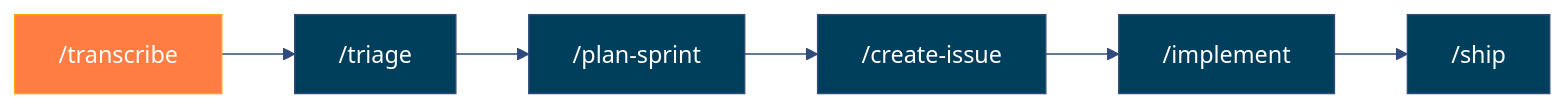
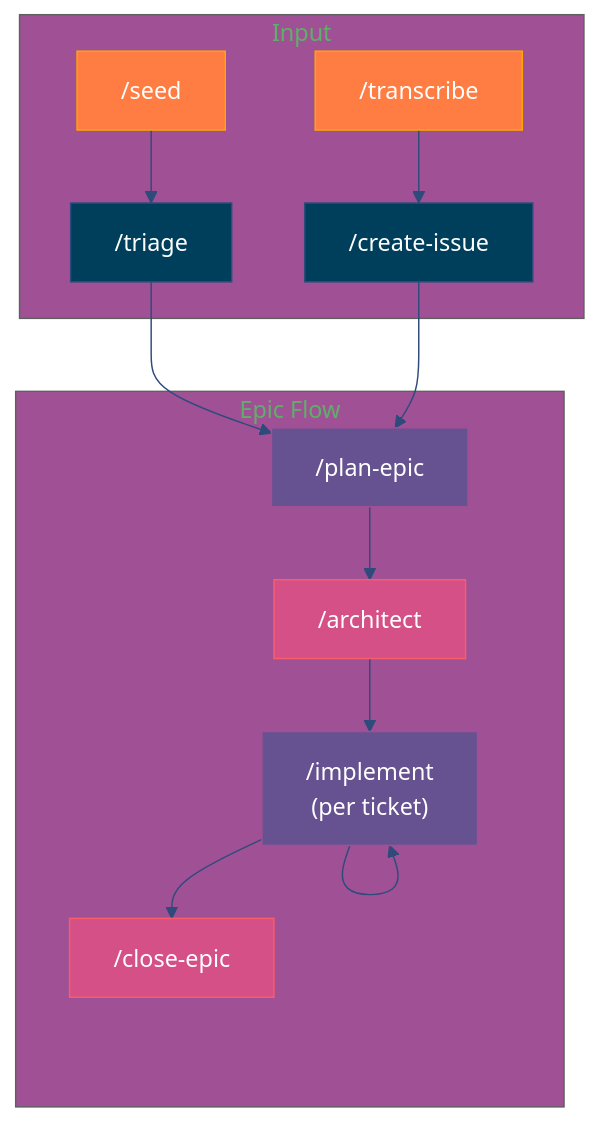
Before and after one commit to plwp/chief-wiggum: the first of 3 diagrams in README.md, drawn with Mermaid. The commit also changed other lines of this file and 6 other files, not shown here.

````diff
--- a/README.md
+++ b/README.md
@@ -41,12 +54,31 @@
 ```mermaid
 %%{init: {'theme': 'base', 'themeVariables': {'primaryColor': '#003f5c', 'primaryTextColor': '#fff', 'primaryBorderColor': '#2f4b7c', 'secondaryColor': '#665191', 'tertiaryColor': '#a05195', 'lineColor': '#2f4b7c', 'textColor': '#333'}}}%%
-graph LR
-    A["/transcribe"]:::entry --> B["/triage"]
-    B --> C["/plan-sprint"]
-    C --> D["/create-issue"]
-    D --> E["/implement"]
-    E --> F["/ship"]
+graph TD
+    subgraph "Input"
+        A["/transcribe"]:::entry
+        B["/seed"]:::entry
+        C["/triage"]:::default
+        D["/create-issue"]:::default
+    end
+
+    subgraph "Epic Flow"
+        E["/plan-epic"]:::modified
+        F["/architect"]:::new
+        G["/implement<br/>(per ticket)"]:::modified
+        H["/close-epic"]:::new
+    end
+
+    A --> D
+    B --> C
+    C --> E
+    D --> E
+    E --> F
+    F --> G
+    G --> G
+    G --> H
 
     classDef entry fill:#ff7c43,stroke:#ffa600,color:#fff
     classDef default fill:#003f5c,stroke:#2f4b7c,color:#fff
+    classDef modified fill:#665191,stroke:#a05195,color:#fff
+    classDef new fill:#d45087,stroke:#f95d6a,color:#fff
 ```
````
